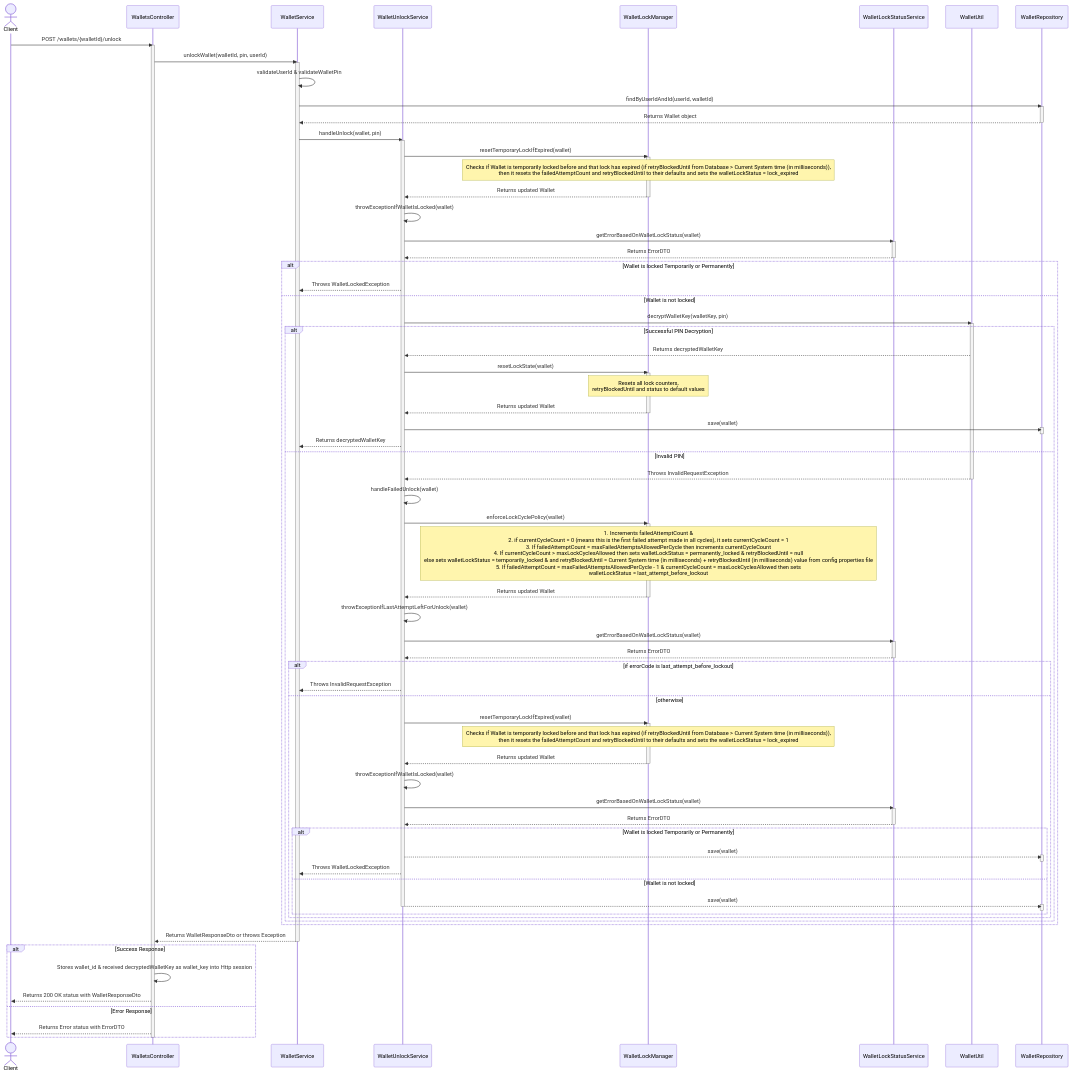
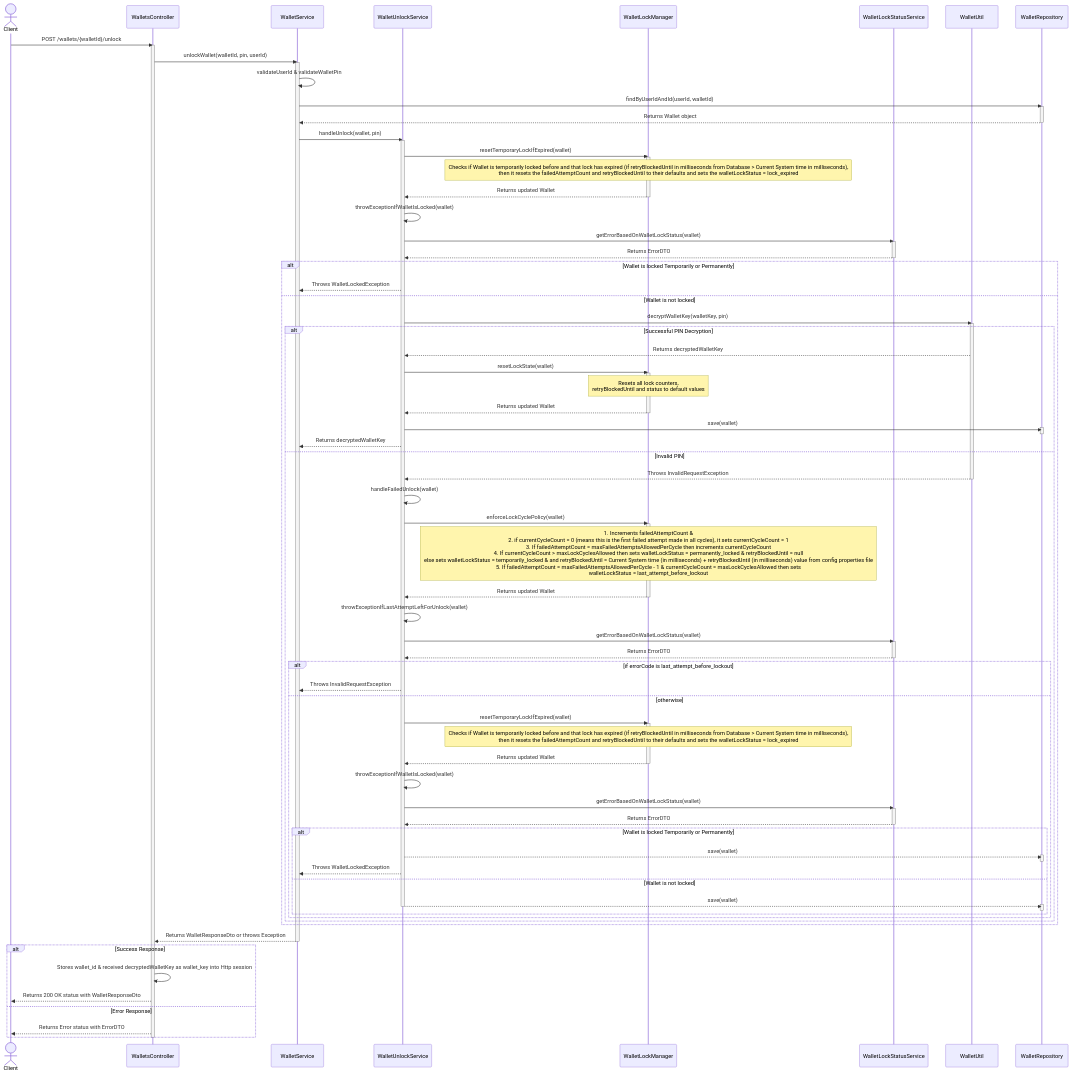
One commit to mosip/mimoto changed the diagram in docs/WalletUnlockProcess.md. Above: the diagram before and after it, drawn with Mermaid. The commit also changed 6 other files, not shown here.

Commit message:
[INJIWEB-1627] update retryBlockedUntil config property and store time in minutes instead of milliseconds and make changes in WalletLockManager to convert it into miliiseconds before storing it into database

```diff
--- a/docs/WalletUnlockProcess.md
+++ b/docs/WalletUnlockProcess.md
@@ -45,7 +45,7 @@
     
     WalletUnlockService->>WalletLockManager: resetTemporaryLockIfExpired(wallet)
     activate WalletLockManager
-    Note over WalletLockManager: Checks if Wallet is temporarily locked before and that lock has expired (if retryBlockedUntil from Database > Current System time (in milliseconds)),<br/> then it resets the failedAttemptCount and retryBlockedUntil to their defaults and sets the walletLockStatus = lock_expired
+    Note over WalletLockManager: Checks if Wallet is temporarily locked before and that lock has expired (if retryBlockedUntil in milliseconds from Database > Current System time in milliseconds),<br/> then it resets the failedAttemptCount and retryBlockedUntil to their defaults and sets the walletLockStatus = lock_expired
     WalletLockManager-->>WalletUnlockService: Returns updated Wallet
     deactivate WalletLockManager
     
@@ -97,7 +97,7 @@
             else otherwise
                 WalletUnlockService->>WalletLockManager: resetTemporaryLockIfExpired(wallet)
                 activate WalletLockManager
-                Note over WalletLockManager: Checks if Wallet is temporarily locked before and that lock has expired (if retryBlockedUntil from Database > Current System time (in milliseconds)),<br/> then it resets the failedAttemptCount and retryBlockedUntil to their defaults and sets the walletLockStatus = lock_expired
+                Note over WalletLockManager: Checks if Wallet is temporarily locked before and that lock has expired (if retryBlockedUntil in milliseconds from Database  > Current System time in milliseconds),<br/> then it resets the failedAttemptCount and retryBlockedUntil to their defaults and sets the walletLockStatus = lock_expired
                 WalletLockManager-->>WalletUnlockService: Returns updated Wallet
                 deactivate WalletLockManager
                 
```
